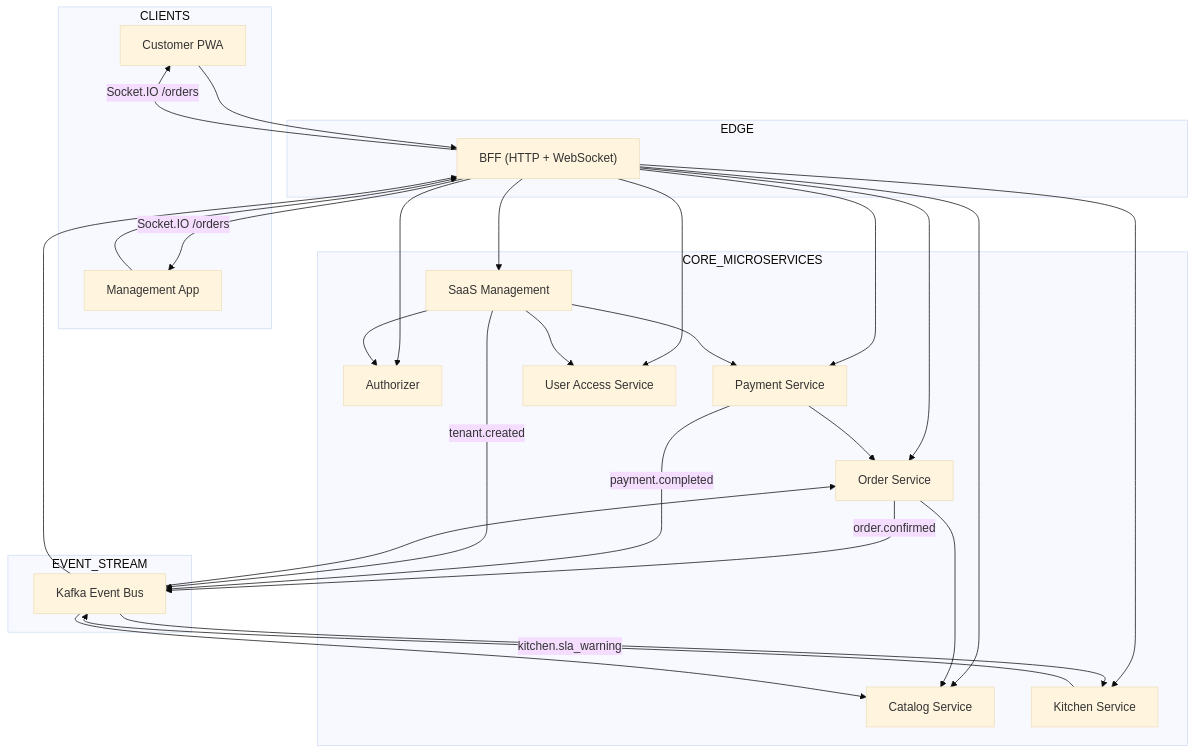
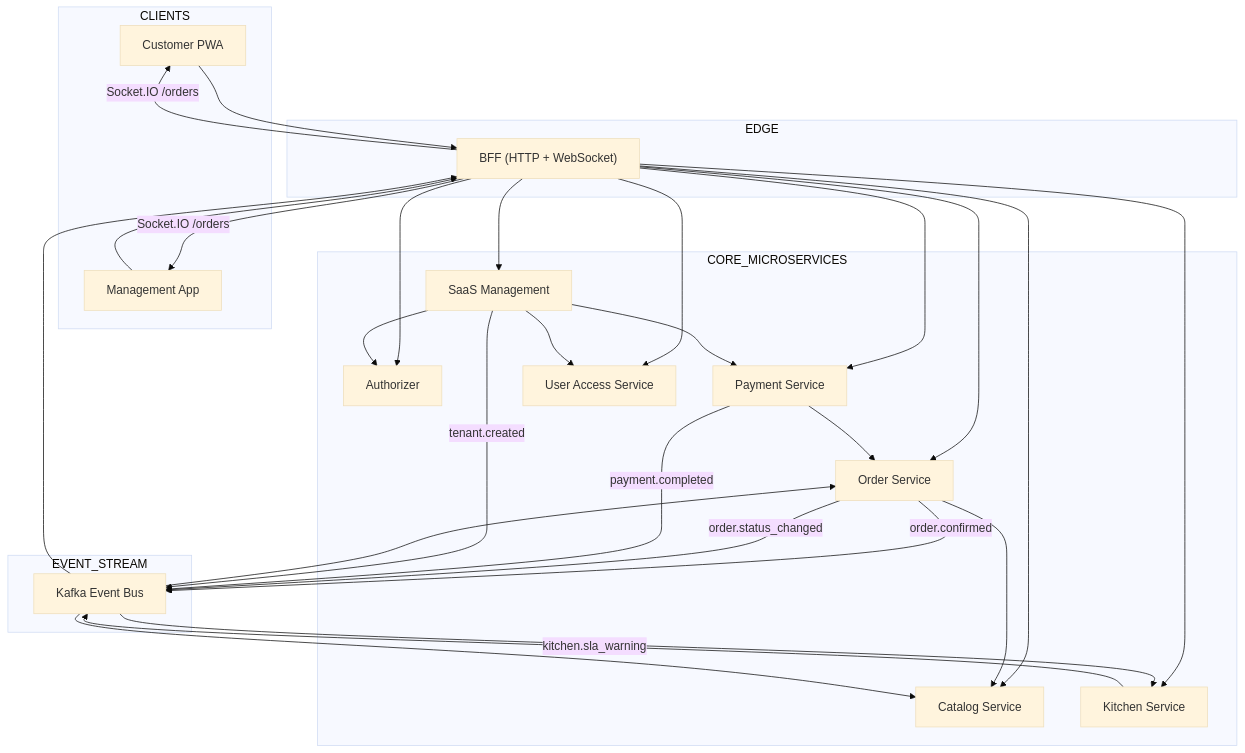
The first of 7 diagrams in docs/guides/codebase-reading-map.md (quan-vo-dinh/saas-pos-microservices-qrtable), drawn with Mermaid (base theme) before and after one commit. The commit also changed other lines of this file and 13 other files, not shown here.

Commit message:
docs: update refactor architecture notes

````diff
--- a/docs/guides/codebase-reading-map.md
+++ b/docs/guides/codebase-reading-map.md
@@ -39,64 +39,65 @@
 ```mermaid
 flowchart TB
 %% ================= CLIENT LAYER =================
 subgraph CLIENTS
   Customer["Customer PWA"]
   Staff["Management App"]
 end
 
 %% ================= EDGE LAYER =================
 subgraph EDGE
   BFF["BFF (HTTP + WebSocket)"]
 end
 
 %% ================= CORE SERVICES =================
 subgraph CORE_MICROSERVICES
   Authorizer["Authorizer"]
   SaaS["SaaS Management"]
   Catalog["Catalog Service"]
   Order["Order Service"]
   Kitchen["Kitchen Service"]
   Payment["Payment Service"]
   UserAccess["User Access Service"]
 end
 
 %% ================= EVENT BUS =================
 subgraph EVENT_STREAM
   Kafka["Kafka Event Bus"]
 end
 
 %% -------- Client -> BFF --------
 Customer --> BFF
 Staff --> BFF
 
 %% -------- BFF -> Services (sync) --------
 BFF --> Authorizer
 BFF --> SaaS
 BFF --> Catalog
 BFF --> Order
 BFF --> Kitchen
 BFF --> Payment
 BFF --> UserAccess
 
 %% -------- Internal Sync Calls --------
 Order --> Catalog
 Payment --> Order
 SaaS --> Authorizer
 SaaS --> UserAccess
 SaaS --> Payment
 
 %% -------- Async Events (Kafka) --------
 Order -- "order.confirmed" --> Kafka
+Order -- "order.status_changed" --> Kafka
 Payment -- "payment.completed" --> Kafka
 SaaS -- "tenant.created" --> Kafka
 
 Kafka --> Kitchen
 Kafka --> Order
 Kafka --> Catalog
 Kitchen -- "kitchen.sla_warning" --> Kafka
 Kafka --> BFF
 
 %% -------- Realtime Push --------
 BFF -- "Socket.IO /orders" --> Customer
 BFF -- "Socket.IO /orders" --> Staff
 ```
````
